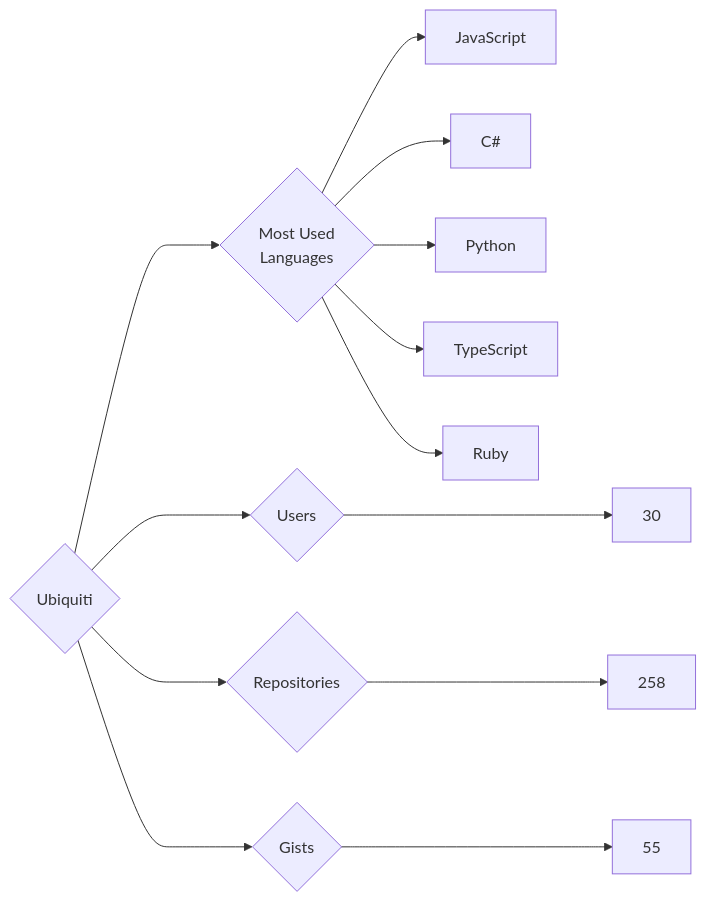
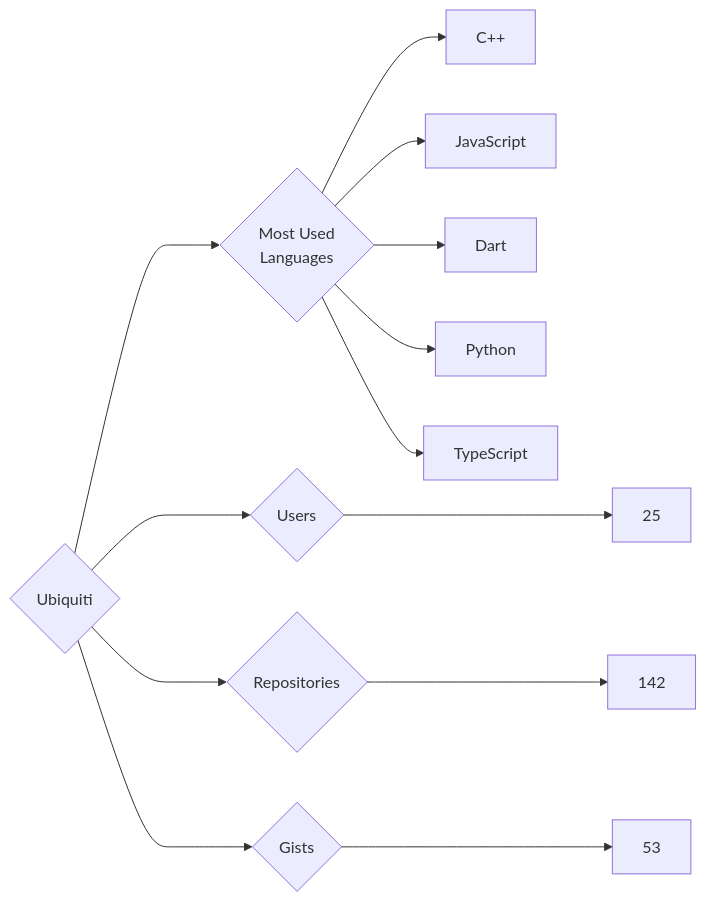
The diagram in targets/Ubiquiti/README.md (trickest/insiders), drawn with Mermaid before and after one commit. The commit also changed 582 other files, not shown here.

````diff
--- a/targets/Ubiquiti/README.md
+++ b/targets/Ubiquiti/README.md
@@ -3,13 +3,13 @@
 ```mermaid
 graph LR
 COMPANY_NAME{Ubiquiti}
-COMPANY_NAME ---> U{Users} ---> UN[30]
-COMPANY_NAME ---> R{Repositories} ---> RN[258]
-COMPANY_NAME ---> G{Gists} ---> GN[55]
+COMPANY_NAME ---> U{Users} ---> UN[25]
+COMPANY_NAME ---> R{Repositories} ---> RN[142]
+COMPANY_NAME ---> G{Gists} ---> GN[53]
 COMPANY_NAME ---> ML{Most Used<br>Languages}
+ML --> C++[C++]
 ML --> JavaScript[JavaScript]
-ML --> C#[C#]
+ML --> Dart[Dart]
 ML --> Python[Python]
 ML --> TypeScript[TypeScript]
-ML --> Ruby[Ruby]
 ```
````
